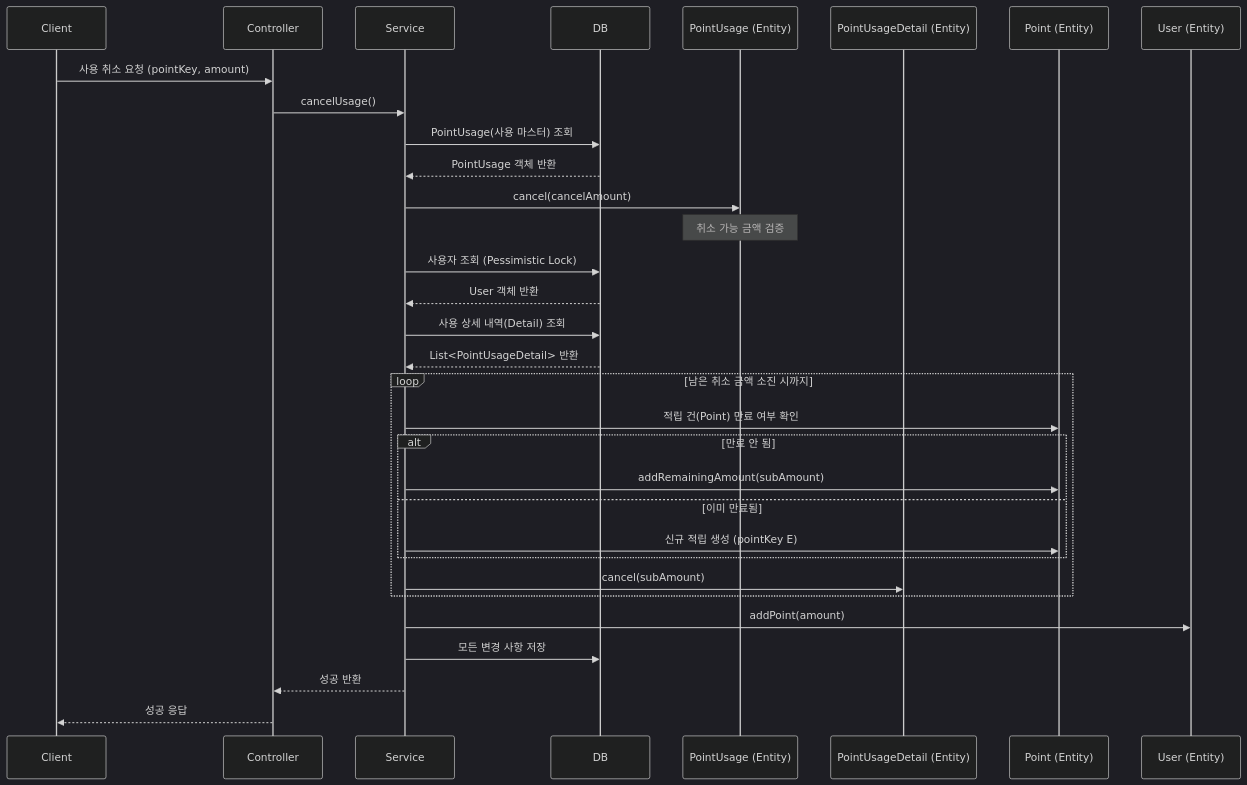
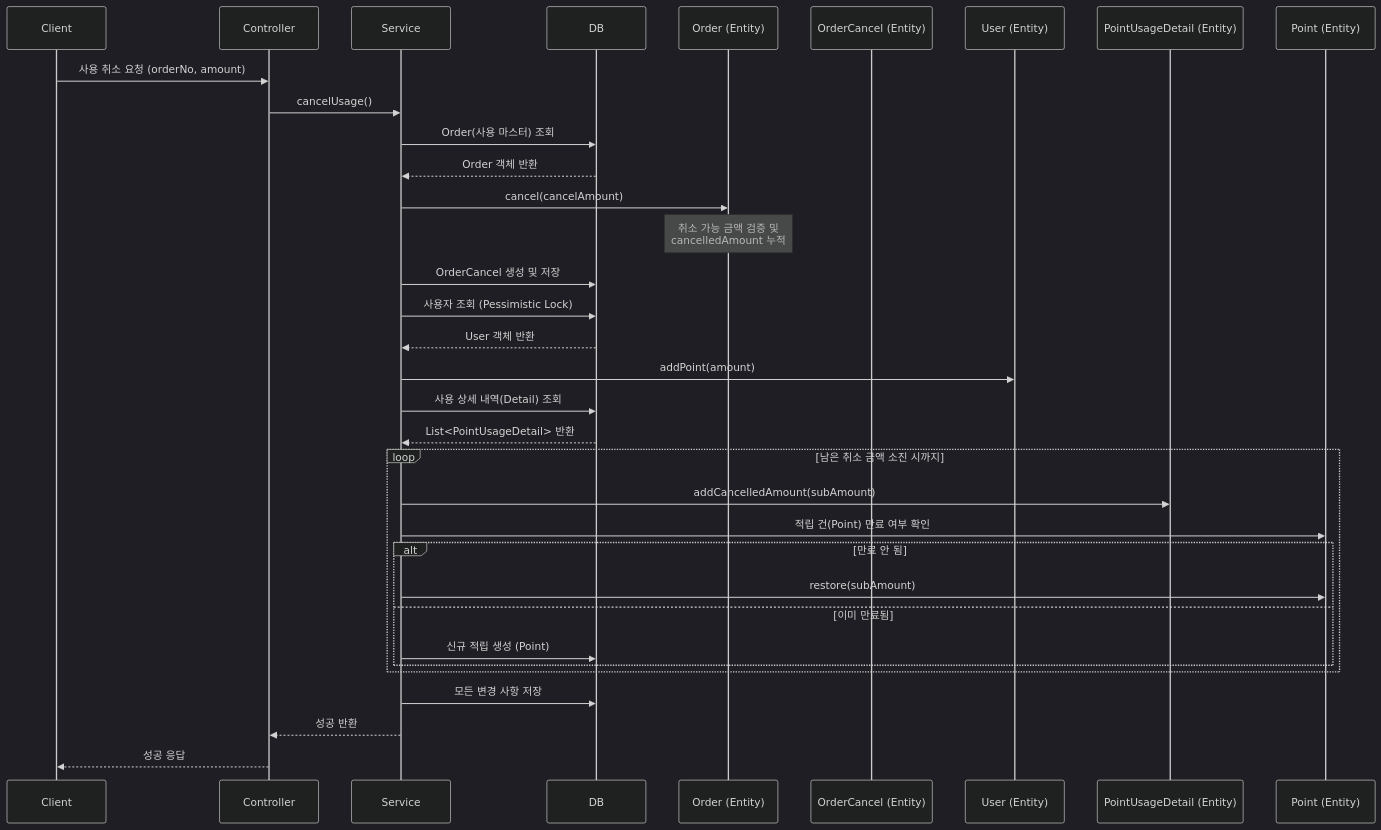
Before and after one commit to muzzaiwork/point: the diagram in docs/api/cancel-usage.md, drawn with Mermaid (dark theme). The commit also changed other lines of this file and 3 other files, not shown here.

Commit message:
Update API documentation to reflect ERD changes and OrderItem removal

````diff
--- a/docs/api/cancel-usage.md
+++ b/docs/api/cancel-usage.md
@@ -58,39 +58,42 @@
 ```mermaid
 sequenceDiagram
     participant Client
     participant Controller
     participant Service
     participant DB
-    participant UsageEntity as PointUsage (Entity)
+    participant OrderEntity as Order (Entity)
+    participant CancelEntity as OrderCancel (Entity)
+    participant UserEntity as User (Entity)
     participant DetailEntity as PointUsageDetail (Entity)
     participant PointEntity as Point (Entity)
-    participant UserEntity as User (Entity)
 
-    Client->>Controller: 사용 취소 요청 (pointKey, amount)
+    Client->>Controller: 사용 취소 요청 (orderNo, amount)
     Controller->>Service: cancelUsage()
-    Service->>DB: PointUsage(사용 마스터) 조회
-    DB-->>Service: PointUsage 객체 반환
-    Service->>UsageEntity: cancel(cancelAmount)
-    Note over UsageEntity: 취소 가능 금액 검증
+    Service->>DB: Order(사용 마스터) 조회
+    DB-->>Service: Order 객체 반환
+    Service->>OrderEntity: cancel(cancelAmount)
+    Note over OrderEntity: 취소 가능 금액 검증 및<br/>cancelledAmount 누적
+    
+    Service->>DB: OrderCancel 생성 및 저장
     
     Service->>DB: 사용자 조회 (Pessimistic Lock)
     DB-->>Service: User 객체 반환
+    Service->>UserEntity: addPoint(amount)
     
     Service->>DB: 사용 상세 내역(Detail) 조회
     DB-->>Service: List<PointUsageDetail> 반환
     
     loop 남은 취소 금액 소진 시까지
+        Service->>DetailEntity: addCancelledAmount(subAmount)
         Service->>PointEntity: 적립 건(Point) 만료 여부 확인
         alt 만료 안 됨
-            Service->>PointEntity: addRemainingAmount(subAmount)
+            Service->>PointEntity: restore(subAmount)
         else 이미 만료됨
-            Service->>PointEntity: 신규 적립 생성 (pointKey E)
+            Service->>DB: 신규 적립 생성 (Point)
         end
-        Service->>DetailEntity: cancel(subAmount)
     end
     
-    Service->>UserEntity: addPoint(amount)
     Service->>DB: 모든 변경 사항 저장
     Service-->>Controller: 성공 반환
     Controller-->>Client: 성공 응답
 ```
````
